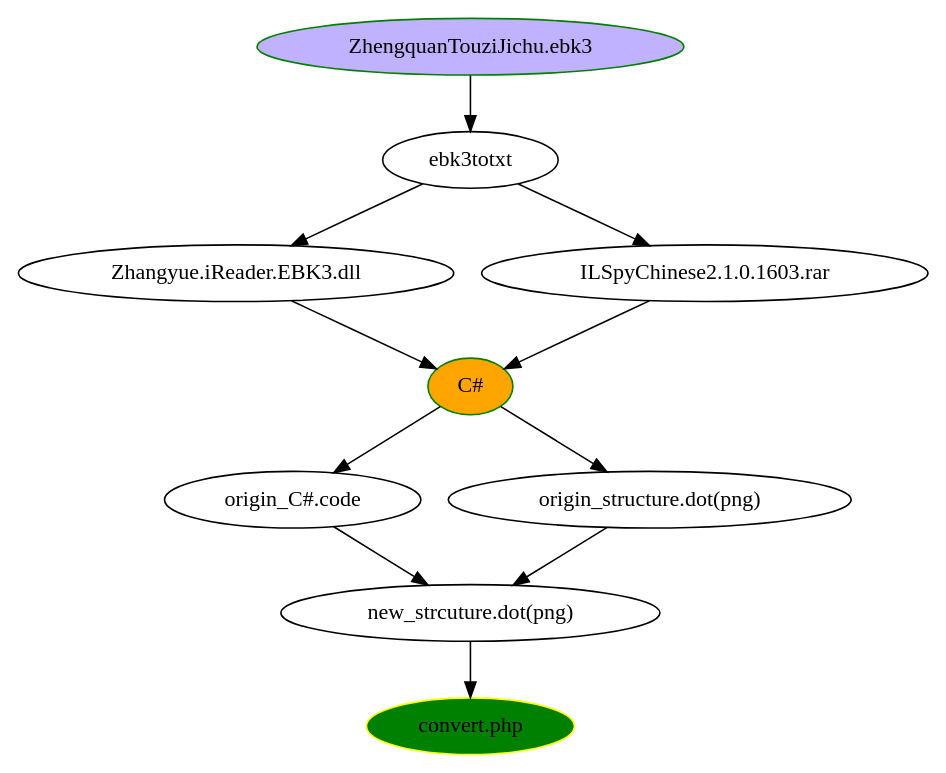
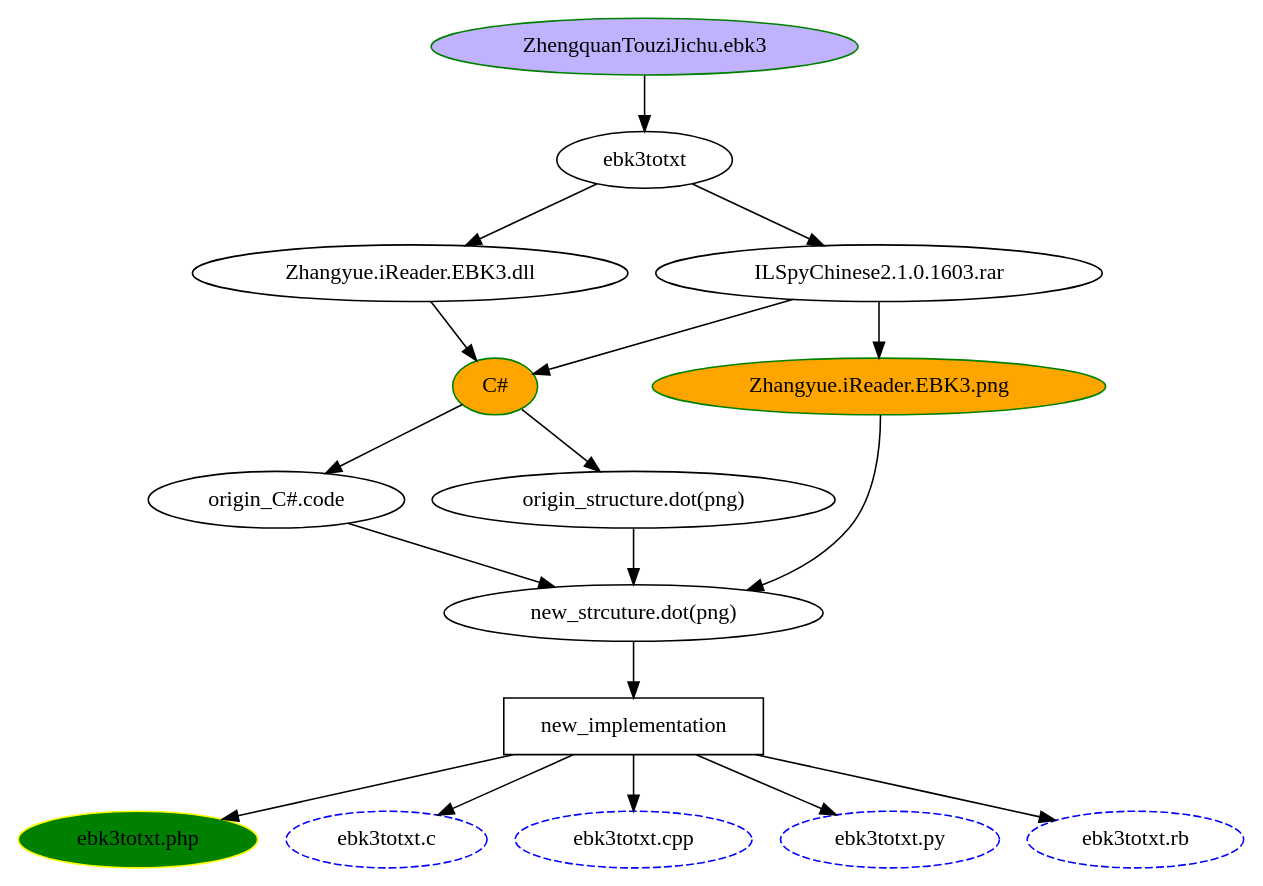
The diagram in src/project.dot (smalldegree/ebk3totxt), drawn with Graphviz before and after one commit. The commit also changed 7 other files, not shown here.

```diff
--- a/src/project.dot
+++ b/src/project.dot
@@ -1,22 +1,36 @@
 digraph project
 {
-    "ZhengquanTouziJichu.ebk3" [color=green, style=filled, fillcolor=".7 .3 1.0"]
+    "ZhengquanTouziJichu.ebk3" [color=green, style=filled, fillcolor=".7 .3 1.0"];
     "ZhengquanTouziJichu.ebk3"->ebk3totxt;
 
     ebk3totxt->"Zhangyue.iReader.EBK3.dll";
     ebk3totxt->"ILSpyChinese2.1.0.1603.rar";
     
     "Zhangyue.iReader.EBK3.dll"->"C#";
     "ILSpyChinese2.1.0.1603.rar"->"C#";
+    "ILSpyChinese2.1.0.1603.rar"->"Zhangyue.iReader.EBK3.png";
 
-    "C#" [color=green, style=filled, fillcolor="orange"]
+    "C#" [color=green, style=filled, fillcolor="orange"];
     "C#"->"origin_C#.code";
     "C#"->"origin_structure.dot(png)";
+
+    "Zhangyue.iReader.EBK3.png" [color=green, style=filled, fillcolor="orange"];
+    "Zhangyue.iReader.EBK3.png"->"new_strcuture.dot(png)";
 
     "origin_C#.code"->"new_strcuture.dot(png)";
     "origin_structure.dot(png)"->"new_strcuture.dot(png)";
 
-    "new_strcuture.dot(png)"->"convert.php";
+    "new_strcuture.dot(png)"->"new_implementation";
+    new_implementation [shape=box];
+    new_implementation->"ebk3totxt.php";
+    new_implementation->"ebk3totxt.c";
+    new_implementation->"ebk3totxt.cpp";
+    new_implementation->"ebk3totxt.py";
+    new_implementation->"ebk3totxt.rb";
     
-    "convert.php" [color=yellow, style=filled, fillcolor="green"];
+    "ebk3totxt.php" [color=yellow, style=filled, fillcolor="green"];
+    "ebk3totxt.c" [color=blue, style=dashed];
+    "ebk3totxt.cpp" [color=blue, style=dashed];
+    "ebk3totxt.py" [color=blue, style=dashed];
+    "ebk3totxt.rb" [color=blue, style=dashed];
 }
```
